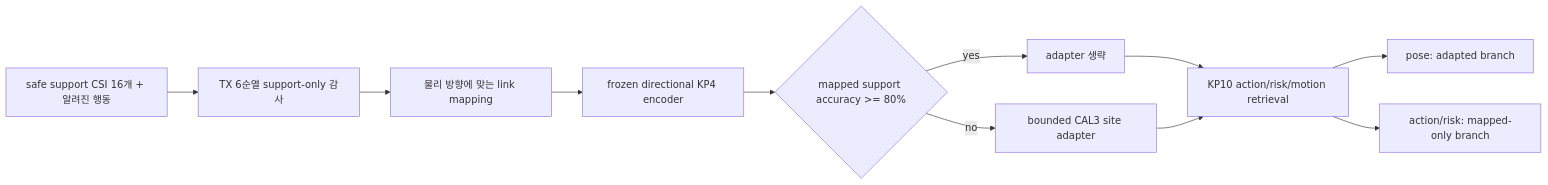
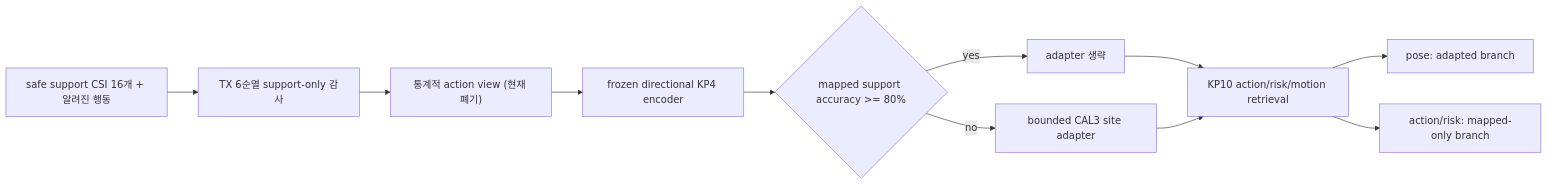
One commit to jjyoon012-git/NotiFi changed the second of 16 diagrams in CSI-to-Pose/README.md. Above: the diagram before and after it, drawn with Mermaid. The commit also changed other lines of this file and 24 other files, not shown here.

````diff
--- a/CSI-to-Pose/README.md
+++ b/CSI-to-Pose/README.md
@@ -20,13 +220,13 @@
 ```mermaid
 flowchart LR
     A["safe support CSI 16개 + 알려진 행동"] --> B["TX 6순열 support-only 감사"]
-    B --> C["물리 방향에 맞는 link mapping"]
+    B --> C["통계적 action view (현재 폐기)"]
     C --> D["frozen directional KP4 encoder"]
     D --> E{"mapped support accuracy >= 80%"}
     E -->|"yes"| F["adapter 생략"]
     E -->|"no"| G["bounded CAL3 site adapter"]
     F --> H["KP10 action/risk/motion retrieval"]
     G --> H
     H --> I["pose: adapted branch"]
     H --> J["action/risk: mapped-only branch"]
 ```
````
